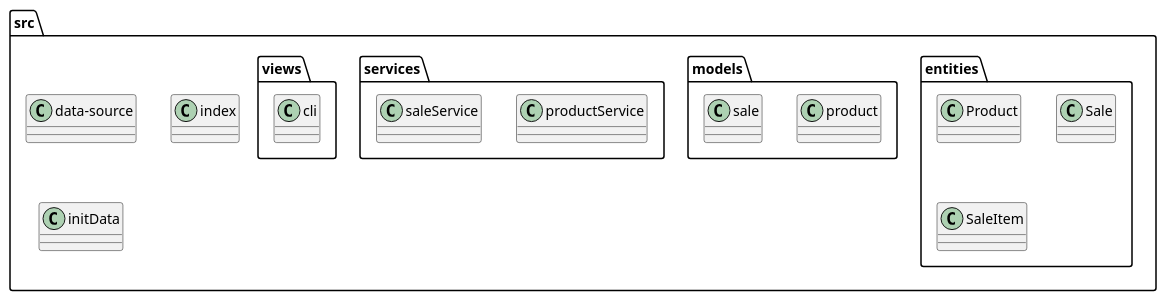
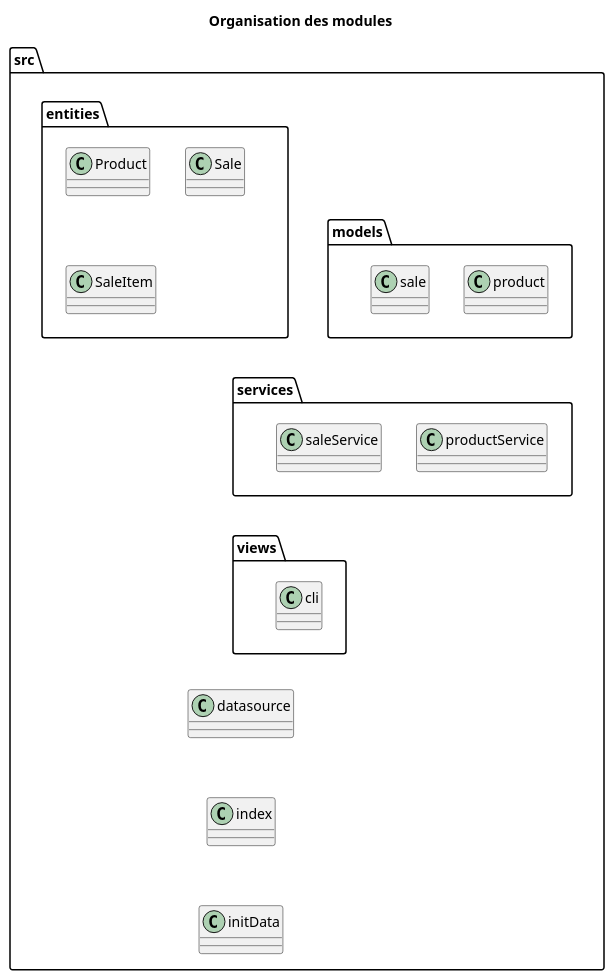
One commit to RaphaelMailhiot/LOG430-labo changed the diagram in docs/development/modules-organisation.puml. Above: the diagram before and after it, drawn with PlantUML. The commit also changed 10 other files, not shown here.

Commit message:
Add ADR doc and svg diagrams

```diff
--- a/docs/development/modules-organisation.puml
+++ b/docs/development/modules-organisation.puml
@@ -1,25 +1,34 @@
 @startuml
 
+title Organisation des modules
+
 package "src" {
-    package "entities" {
+    package "entities" as E {
         class Product
         class Sale
         class SaleItem
     }
-    package "models" {
+    package "models" as M {
         class product
         class sale
     }
-    package "services" {
+    package "services" as S {
         class productService
         class saleService
     }
-    package "views" {
+    package "views" as V {
         class cli
     }
-    class data-source
+    class datasource
     class index
     class initData
 }
 
+E -[hidden]down- M
+M -[hidden]down- S
+S -[hidden]down- V
+V -[hidden]down- datasource
+datasource -[hidden]down- index
+index -[hidden]down- initData
+
 @enduml
```
